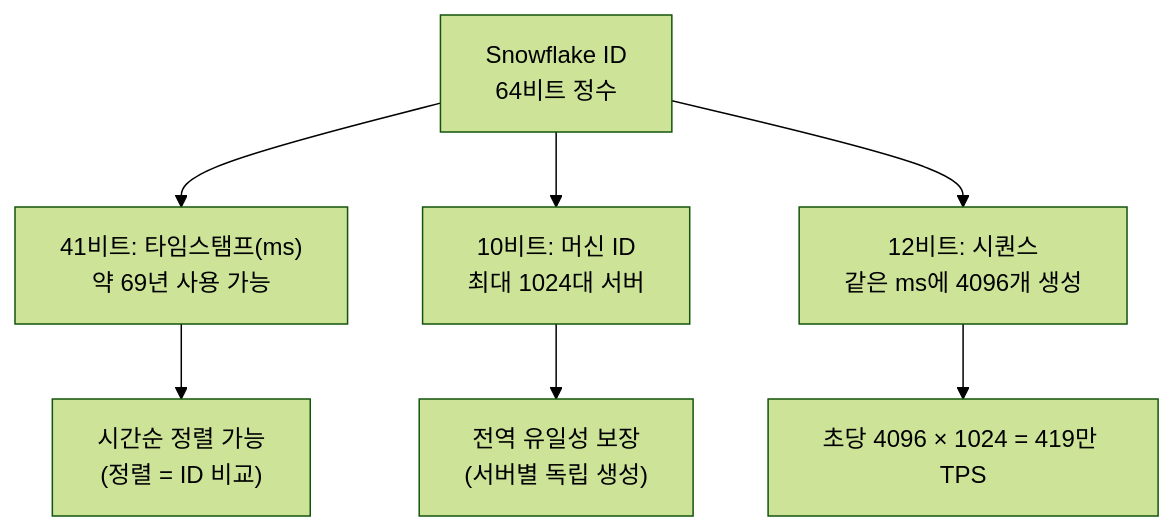
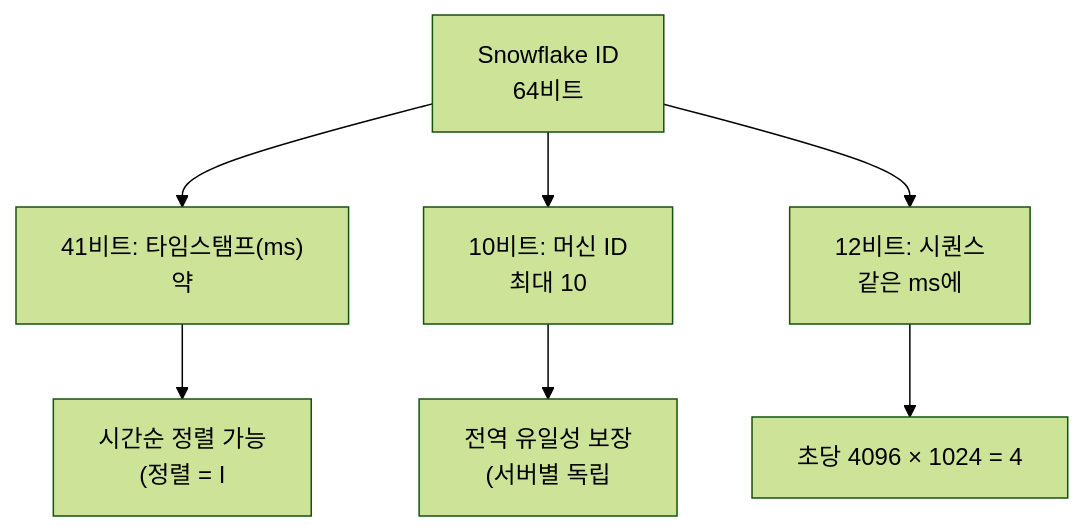
The fifth of 9 diagrams in _posts/systemdesign/2026-05-02-system-design-chat.md (yjkim2015/yjkim2015.github.io), drawn with Mermaid (forest theme) before and after one commit. The commit also changed other lines of this file and 271 other files, not shown here.

First line of the commit message:
Mermaid 라벨 축소: 긴 노드 텍스트 18자 이하로 트림 + \n 제거

````diff
--- a/_posts/systemdesign/2026-05-02-system-design-chat.md
+++ b/_posts/systemdesign/2026-05-02-system-design-chat.md
@@ -172,10 +172,10 @@
 ```mermaid
 graph TD
-    Snow["Snowflake ID\n64비트 정수"]
-    Snow --> T["41비트: 타임스탬프(ms)\n약 69년 사용 가능"]
-    Snow --> M["10비트: 머신 ID\n최대 1024대 서버"]
-    Snow --> S["12비트: 시퀀스\n같은 ms에 4096개 생성"]
-    T --> Benefit1["시간순 정렬 가능\n(정렬 = ID 비교)"]
-    M --> Benefit2["전역 유일성 보장\n(서버별 독립 생성)"]
-    S --> Benefit3["초당 4096 × 1024 = 419만 TPS"]
+    Snow["Snowflake ID\n64비트"]
+    Snow --> T["41비트: 타임스탬프(ms)\n약"]
+    Snow --> M["10비트: 머신 ID\n최대 10"]
+    Snow --> S["12비트: 시퀀스\n같은 ms에"]
+    T --> Benefit1["시간순 정렬 가능\n(정렬 = I"]
+    M --> Benefit2["전역 유일성 보장\n(서버별 독립"]
+    S --> Benefit3["초당 4096 × 1024 = 4"]
 ```
````
